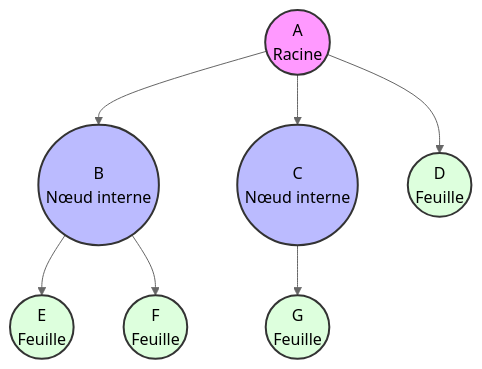
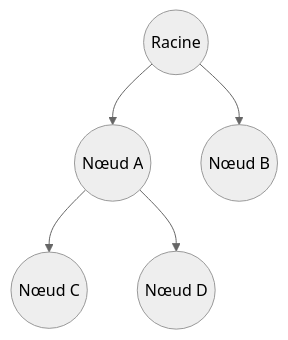
One commit to amhakimouse/visual-courses changed the first of 17 diagrams in Algorithms/chapitre5_explications.md. Above: the diagram before and after it, drawn with Mermaid (neutral theme). The commit also changed other lines of this file, not shown here.

````diff
--- a/Algorithms/chapitre5_explications.md
+++ b/Algorithms/chapitre5_explications.md
@@ -29,19 +16,7 @@
 ```mermaid
 graph TD
-    A((A<br>Racine)) --> B((B<br>Nœud interne))
-    A --> C((C<br>Nœud interne))
-    A --> D((D<br>Feuille))
-    
-    B --> E((E<br>Feuille))
-    B --> F((F<br>Feuille))
-    
-    C --> G((G<br>Feuille))
-    
-    classDef racine fill:#f9f,stroke:#333,stroke-width:2px;
-    classDef interne fill:#bbf,stroke:#333,stroke-width:2px;
-    classDef feuille fill:#dfd,stroke:#333,stroke-width:2px;
-    
-    class A racine;
-    class B,C interne;
-    class D,E,F,G feuille;
+    Racine((Racine)) --> A((Nœud A))
+    Racine --> B((Nœud B))
+    A --> C((Nœud C))
+    A --> D((Nœud D))
 ```
````
